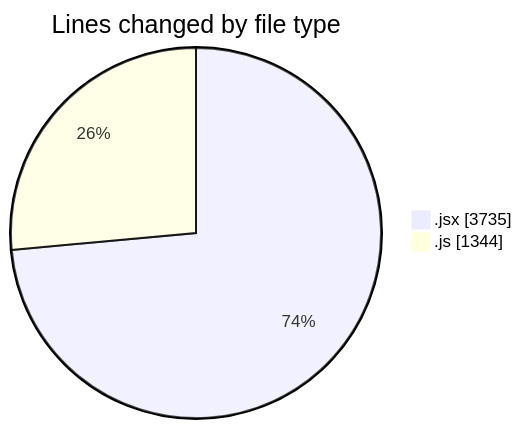
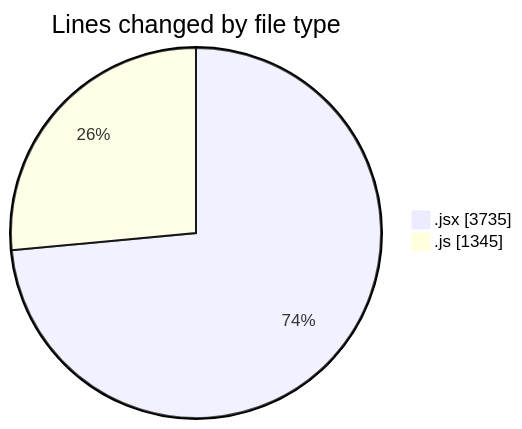
The first of 2 diagrams in 2025-11-06/nxtqube_webapp/README.md (nxtqubesakshisongat/code-tracking), drawn with Mermaid before and after one commit. The commit also changed other lines of this file and 1 other file, not shown here.

````diff
--- a/2025-11-06/nxtqube_webapp/README.md
+++ b/2025-11-06/nxtqube_webapp/README.md
@@ -29,6 +29,6 @@
 ```mermaid
 pie showData
 title Lines changed by file type
 ".jsx" : 3735
-".js" : 1344
+".js" : 1345
 ```
````
